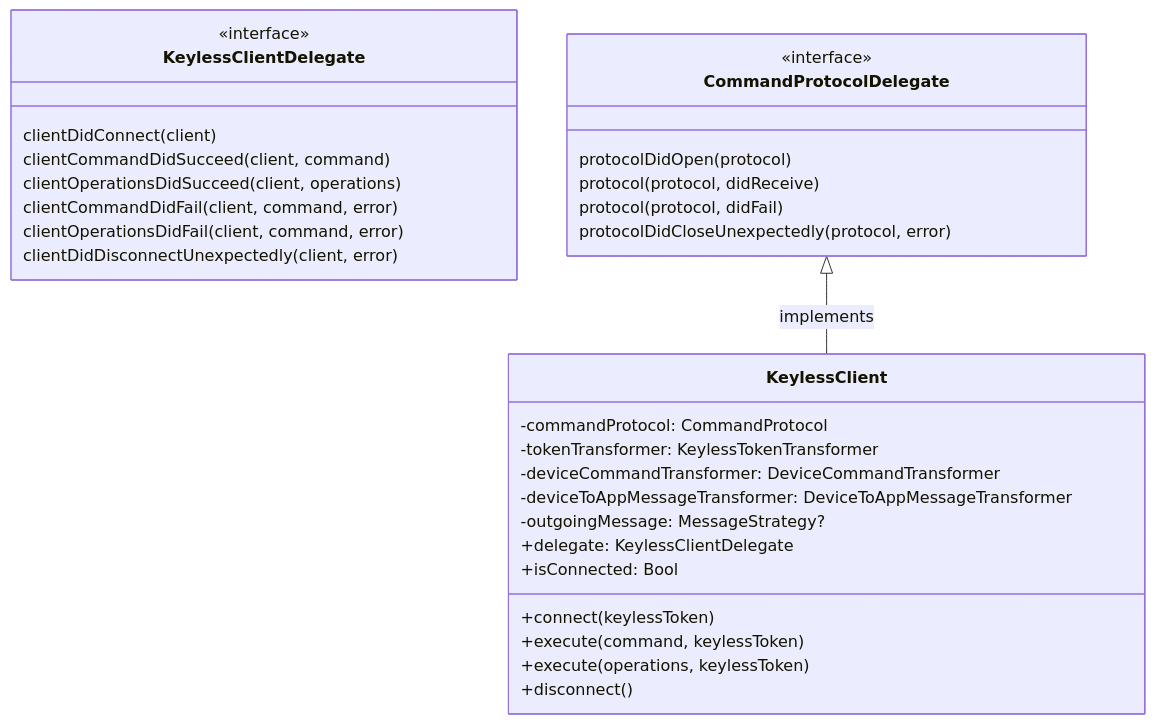
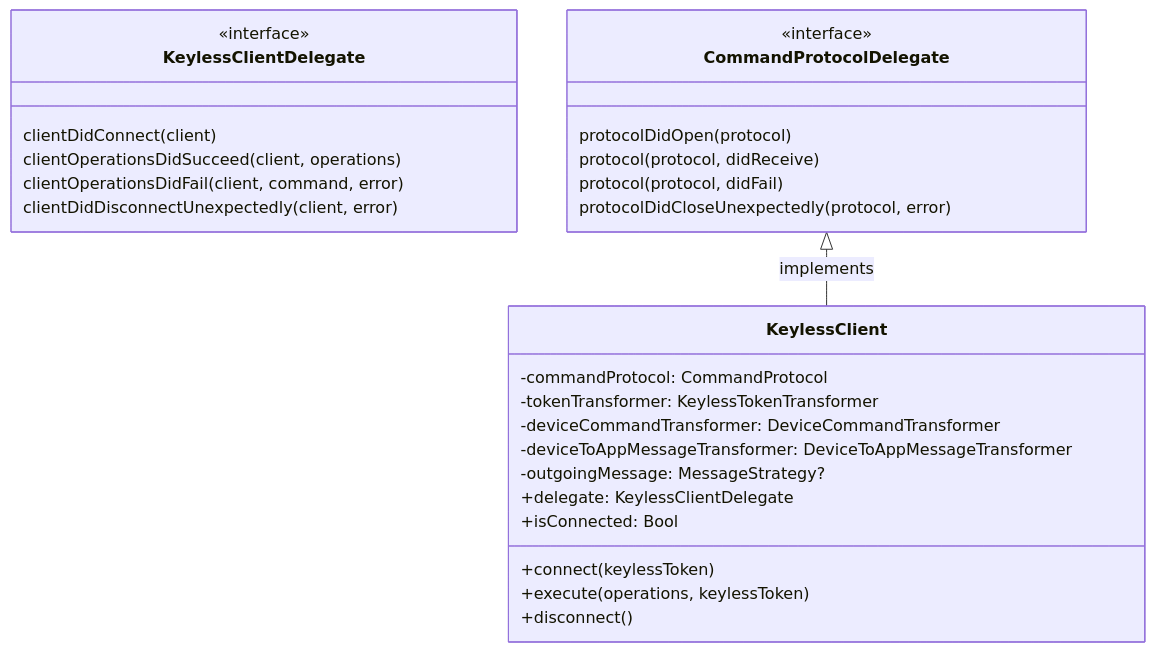
One commit to Ridecell/keyless-sdk-ios changed the diagram in Source/KeylessClient.md. Above: the diagram before and after it, drawn with Mermaid. The commit also changed 6 other files, not shown here.

Commit message:
MOB-460 removed command api and associated enums, tests and documentation from Keyless SDK

````diff
--- a/Source/KeylessClient.md
+++ b/Source/KeylessClient.md
@@ -36,37 +36,34 @@
 ```mermaid
 classDiagram
 	class KeylessClientDelegate {
     <<interface>>
     clientDidConnect(client)
-    clientCommandDidSucceed(client, command)
     clientOperationsDidSucceed(client, operations)
-    clientCommandDidFail(client, command, error)
     clientOperationsDidFail(client, command, error)
     clientDidDisconnectUnexpectedly(client, error)
 }
 class CommandProtocolDelegate {
     <<interface>>
     protocolDidOpen(protocol)
     protocol(protocol, didReceive)
     protocol(protocol, didFail)
     protocolDidCloseUnexpectedly(protocol, error)
 }
 class KeylessClient {
 
     -commandProtocol: CommandProtocol
     -tokenTransformer: KeylessTokenTransformer
     -deviceCommandTransformer: DeviceCommandTransformer
     -deviceToAppMessageTransformer: DeviceToAppMessageTransformer
     -outgoingMessage: MessageStrategy?
 
     +delegate: KeylessClientDelegate
     +isConnected: Bool
     
     +connect(keylessToken)
-    +execute(command, keylessToken)
     +execute(operations, keylessToken)
     +disconnect()
 }
 
 CommandProtocolDelegate <|-- KeylessClient : implements
 ```
````
